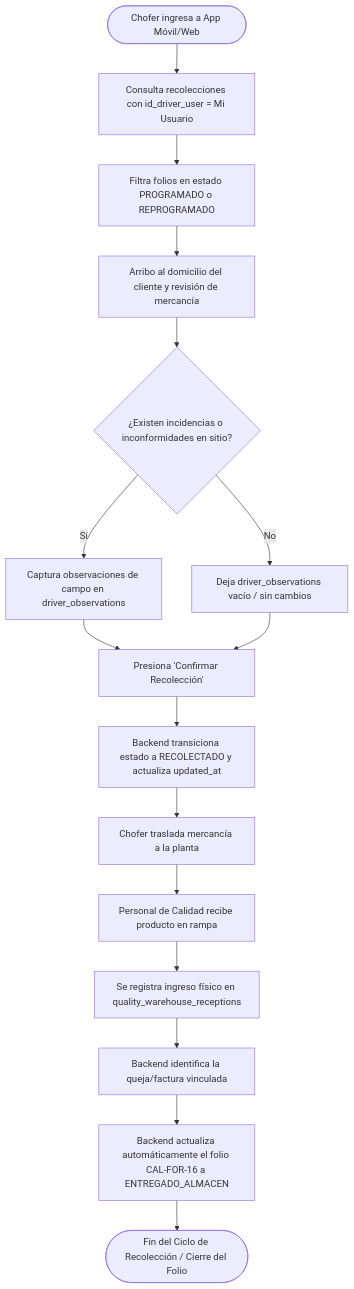
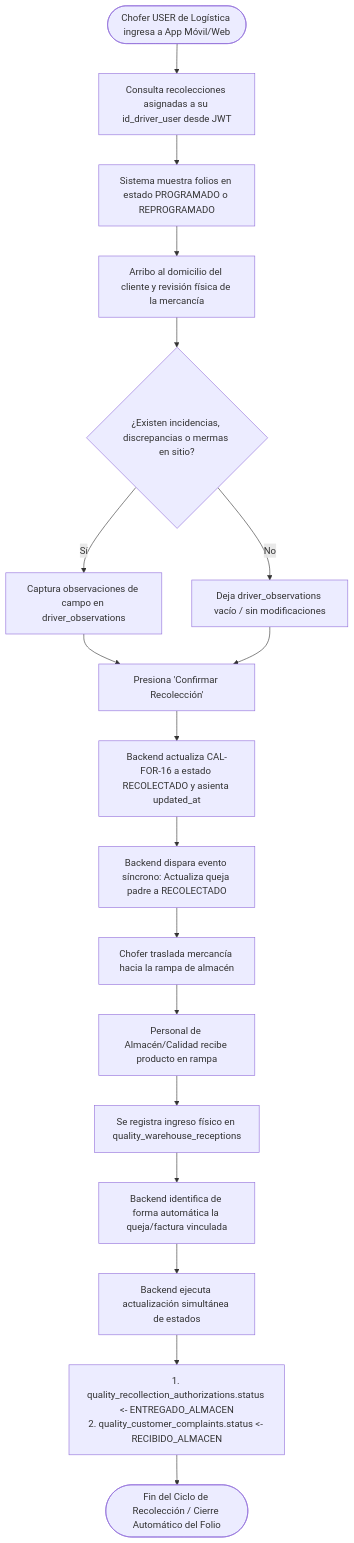
The fourth of 4 diagrams in docs/modules/product_recollection.md (Automatizacion-KPC/KoonolApp), drawn with Mermaid before and after one commit. The commit also changed other lines of this file, not shown here.

````diff
--- a/docs/modules/product_recollection.md
+++ b/docs/modules/product_recollection.md
@@ -248,22 +258,24 @@
 ```mermaid
 graph TD
-    A([Chofer ingresa a App Móvil/Web]) --> B[Consulta recolecciones con id_driver_user = Mi Usuario]
-    B --> C[Filtra folios en estado PROGRAMADO o REPROGRAMADO]
-    C --> D[Arribo al domicilio del cliente y revisión de mercancía]
-    D --> E{¿Existen incidencias o inconformidades en sitio?}
+    A([Chofer USER de Logística ingresa a App Móvil/Web]) --> B[Consulta recolecciones asignadas a su id_driver_user desde JWT]
+    B --> C[Sistema muestra folios en estado PROGRAMADO o REPROGRAMADO]
+    C --> D[Arribo al domicilio del cliente y revisión física de la mercancía]
+    D --> E{¿Existen incidencias, discrepancias o mermas en sitio?}
 
     E -- Sí --> F[Captura observaciones de campo en driver_observations]
-    E -- No --> G[Deja driver_observations vacío / sin cambios]
+    E -- No --> G[Deja driver_observations vacío / sin modificaciones]
 
     F --> H[Presiona 'Confirmar Recolección']
     G --> H
 
-    H --> I[Backend transiciona estado a RECOLECTADO y actualiza updated_at]
-    I --> J[Chofer traslada mercancía a la planta]
+    H --> I[Backend actualiza CAL-FOR-16 a estado RECOLECTADO y asienta updated_at]
+    I --> J[Backend dispara evento síncrono: Actualiza queja padre a RECOLECTADO]
+    J --> K[Chofer traslada mercancía hacia la rampa de almacén]
 
-    J --> K[Personal de Calidad recibe producto en rampa]
-    K --> L[Se registra ingreso físico en quality_warehouse_receptions]
-    L --> M[Backend identifica la queja/factura vinculada]
-    M --> N[Backend actualiza automáticamente el folio CAL-FOR-16 a ENTREGADO_ALMACEN]
-    N --> O([Fin del Ciclo de Recolección / Cierre del Folio])
+    K --> L[Personal de Almacén/Calidad recibe producto en rampa]
+    L --> M[Se registra ingreso físico en quality_warehouse_receptions]
+    M --> N[Backend identifica de forma automática la queja/factura vinculada]
+    N --> O[Backend ejecuta actualización simultánea de estados]
+    O --> P["1. quality_recollection_authorizations.status <- ENTREGADO_ALMACEN<br/>2. quality_customer_complaints.status <- RECIBIDO_ALMACEN"]
+    P --> Q([Fin del Ciclo de Recolección / Cierre Automático del Folio])
 ```
````
